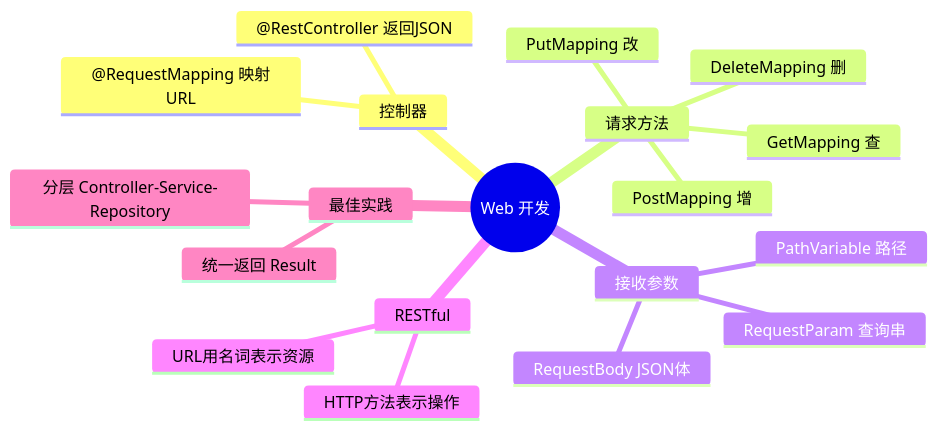
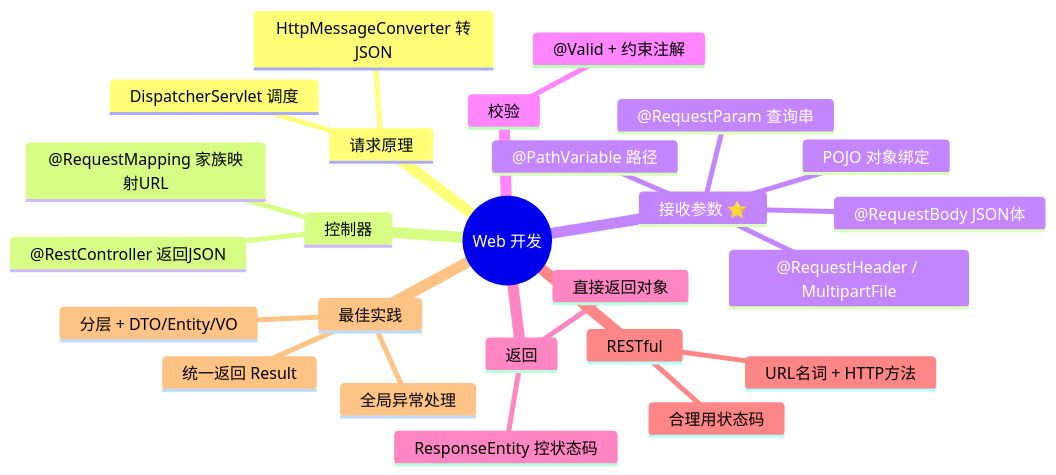
Before and after one commit to zerioo1970/summary: diagram 17 of 17 in spring-boot-3.5-学习资料/06-Web开发-Controller与RESTful.md, drawn with Mermaid. The commit also changed other lines of this file and 1 other file, not shown here.

````diff
--- a/spring-boot-3.5-学习资料/06-Web开发-Controller与RESTful.md
+++ b/spring-boot-3.5-学习资料/06-Web开发-Controller与RESTful.md
@@ -267,22 +1111,28 @@
 ```mermaid
 mindmap
   root((Web 开发))
+    请求原理
+      DispatcherServlet 调度
+      HttpMessageConverter 转JSON
     控制器
       @RestController 返回JSON
-      @RequestMapping 映射URL
-    请求方法
-      GetMapping 查
-      PostMapping 增
-      PutMapping 改
-      DeleteMapping 删
-    接收参数
-      PathVariable 路径
-      RequestParam 查询串
-      RequestBody JSON体
+      @RequestMapping 家族映射URL
+    接收参数 ⭐
+      @PathVariable 路径
+      @RequestParam 查询串
+      POJO 对象绑定
+      @RequestBody JSON体
+      @RequestHeader / MultipartFile
+    校验
+      @Valid + 约束注解
+    返回
+      直接返回对象
+      ResponseEntity 控状态码
     RESTful
-      URL用名词表示资源
-      HTTP方法表示操作
+      URL名词 + HTTP方法
+      合理用状态码
     最佳实践
       统一返回 Result
-      分层 Controller-Service-Repository
+      分层 + DTO/Entity/VO
+      全局异常处理
 ```
````
